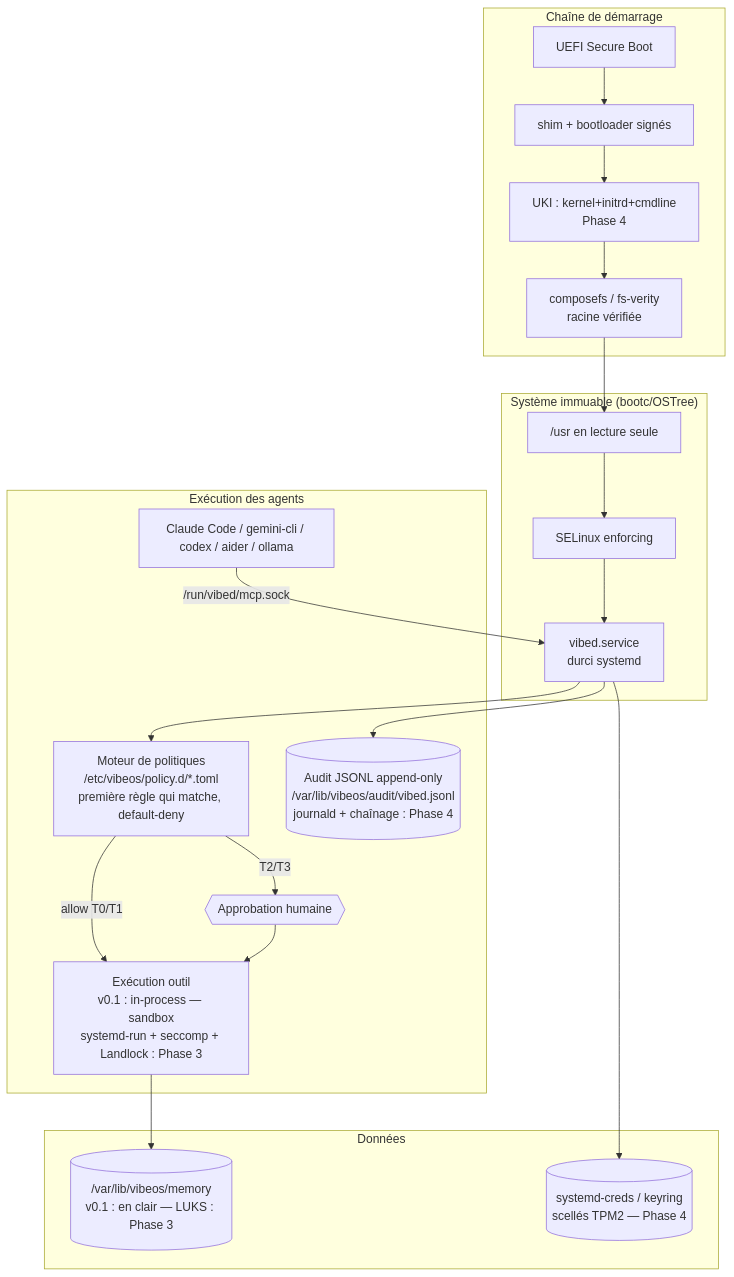
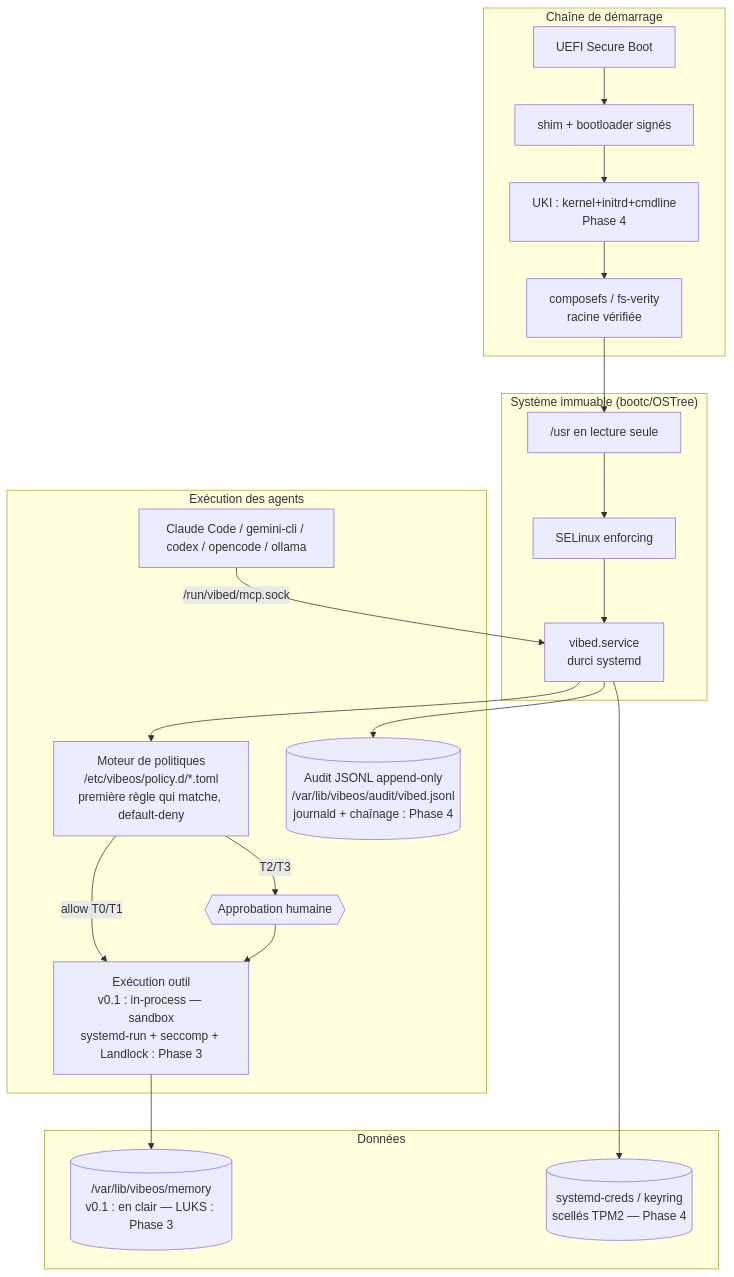
One commit to Micka420-collab/vibeos changed the diagram in docs/SECURITY-ARCHITECTURE.md. Above: the diagram before and after it, drawn with Mermaid. The commit also changed 36 other files, not shown here.

````diff
--- a/docs/SECURITY-ARCHITECTURE.md
+++ b/docs/SECURITY-ARCHITECTURE.md
@@ -10,25 +10,25 @@
 ```mermaid
 flowchart TB
     subgraph BOOT["Chaîne de démarrage"]
         UEFI[UEFI Secure Boot] --> SHIM[shim + bootloader signés] --> UKI[UKI : kernel+initrd+cmdline<br/>Phase 4] --> VERITY[composefs / fs-verity<br/>racine vérifiée]
     end
     subgraph OS["Système immuable (bootc/OSTree)"]
         ROOT["/usr en lecture seule"] --> SELINUX[SELinux enforcing]
         SELINUX --> VIBED[vibed.service<br/>durci systemd]
     end
     subgraph RUNTIME["Exécution des agents"]
-        AGENTS[Claude Code / gemini-cli / codex / aider / ollama] -->|/run/vibed/mcp.sock| VIBED
+        AGENTS[Claude Code / gemini-cli / codex / opencode / ollama] -->|/run/vibed/mcp.sock| VIBED
         VIBED --> POLICY[Moteur de politiques<br/>/etc/vibeos/policy.d/*.toml<br/>première règle qui matche, default-deny]
         POLICY -->|allow T0/T1| SANDBOX[Exécution outil<br/>v0.1 : in-process — sandbox<br/>systemd-run + seccomp + Landlock : Phase 3]
         POLICY -->|T2/T3| APPROVAL{{Approbation humaine}}
         APPROVAL --> SANDBOX
         VIBED --> AUDIT[(Audit JSONL append-only<br/>/var/lib/vibeos/audit/vibed.jsonl<br/>journald + chaînage : Phase 4)]
     end
     subgraph DATA["Données"]
         LUKS[(/var/lib/vibeos/memory<br/>v0.1 : en clair — LUKS : Phase 3)]
         CREDS[(systemd-creds / keyring<br/>scellés TPM2 — Phase 4)]
     end
     VERITY --> ROOT
     SANDBOX --> LUKS
     VIBED --> CREDS
 ```
````
